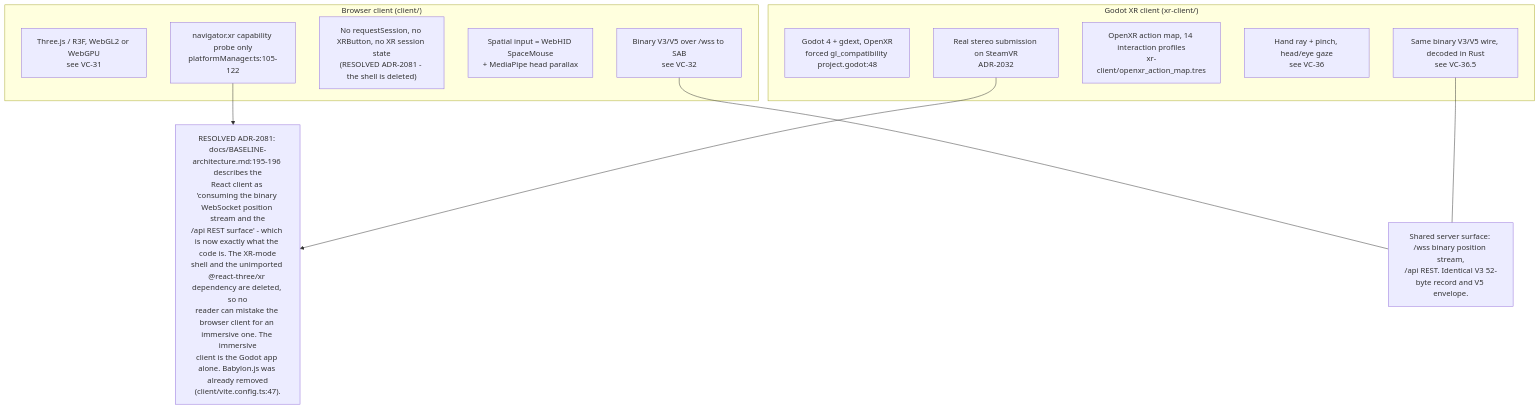
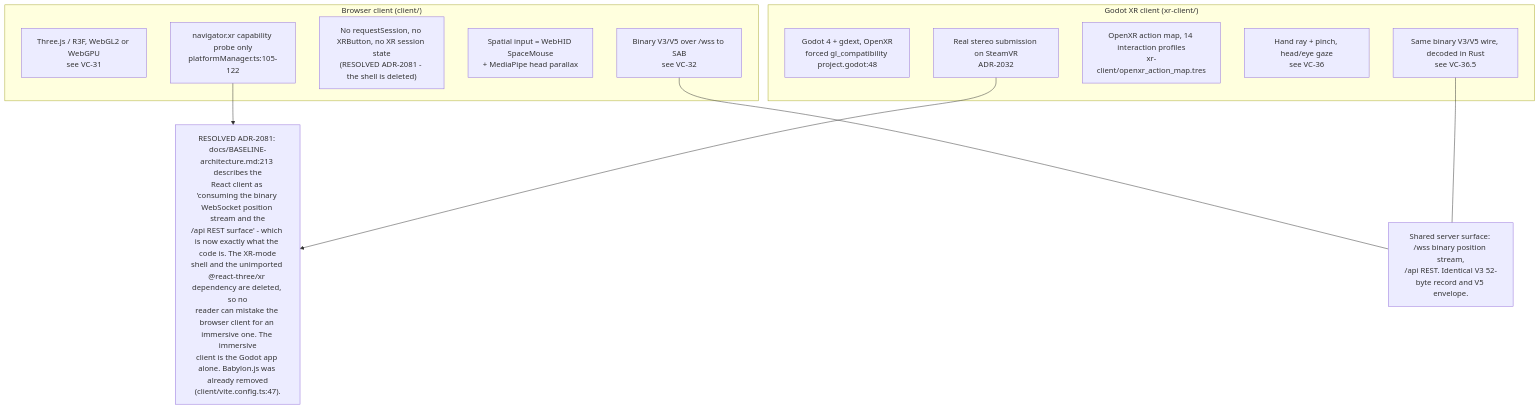
The eighth of 8 diagrams in docs/diagrams/visionclaw/37-browser-xr-and-desktop-input.md (DreamLab-AI/VisionFlow), drawn with Mermaid before and after one commit. The commit also changed other lines of this file and 185 other files, not shown here.

Commit message:
docs(estate): reconcile diagrams and ADRs with source and define closeout sprint

````diff
--- a/docs/diagrams/visionclaw/37-browser-xr-and-desktop-input.md
+++ b/docs/diagrams/visionclaw/37-browser-xr-and-desktop-input.md
@@ -323,22 +324,22 @@
 ```mermaid
 flowchart TB
     subgraph br["Browser client (client/)"]
         B1["Three.js / R3F, WebGL2 or WebGPU<br/>see VC-31"]
         B2["navigator.xr capability probe only<br/>platformManager.ts:105-122"]
         B3["No requestSession, no XRButton, no XR session state<br/>(RESOLVED ADR-2081 - the shell is deleted)"]
         B4["Spatial input = WebHID SpaceMouse<br/>+ MediaPipe head parallax"]
         B5["Binary V3/V5 over /wss to SAB<br/>see VC-32"]
     end
     subgraph gd["Godot XR client (xr-client/)"]
         G1["Godot 4 + gdext, OpenXR<br/>forced gl_compatibility project.godot:48"]
         G2["Real stereo submission on SteamVR<br/>ADR-2032"]
         G3["OpenXR action map, 14 interaction profiles<br/>xr-client/openxr_action_map.tres"]
         G4["Hand ray + pinch, head/eye gaze<br/>see VC-36"]
         G5["Same binary V3/V5 wire, decoded in Rust<br/>see VC-36.5"]
     end
     B5 --- SHARED["Shared server surface: /wss binary position stream,<br/>/api REST. Identical V3 52-byte record and V5 envelope."]
     G5 --- SHARED
     B2 --> DIV
     G2 --> DIV
-    DIV["RESOLVED ADR-2081: docs/BASELINE-architecture.md:195-196 describes the<br/>React client as 'consuming the binary WebSocket position stream and the<br/>/api REST surface' - which is now exactly what the code is. The XR-mode<br/>shell and the unimported @react-three/xr dependency are deleted, so no<br/>reader can mistake the browser client for an immersive one. The immersive<br/>client is the Godot app alone. Babylon.js was already removed<br/>(client/vite.config.ts:47)."]
+    DIV["RESOLVED ADR-2081: docs/BASELINE-architecture.md:213 describes the<br/>React client as 'consuming the binary WebSocket position stream and the<br/>/api REST surface' - which is now exactly what the code is. The XR-mode<br/>shell and the unimported @react-three/xr dependency are deleted, so no<br/>reader can mistake the browser client for an immersive one. The immersive<br/>client is the Godot app alone. Babylon.js was already removed<br/>(client/vite.config.ts:47)."]
 ```
````
